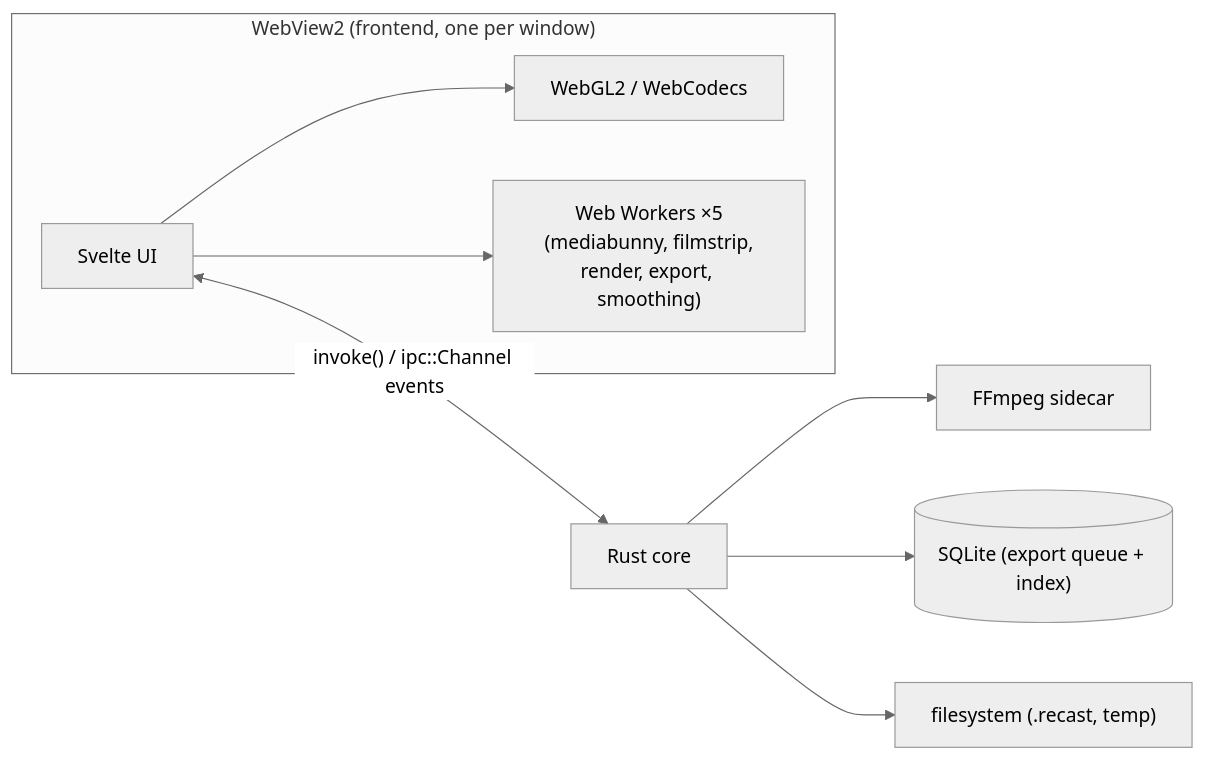
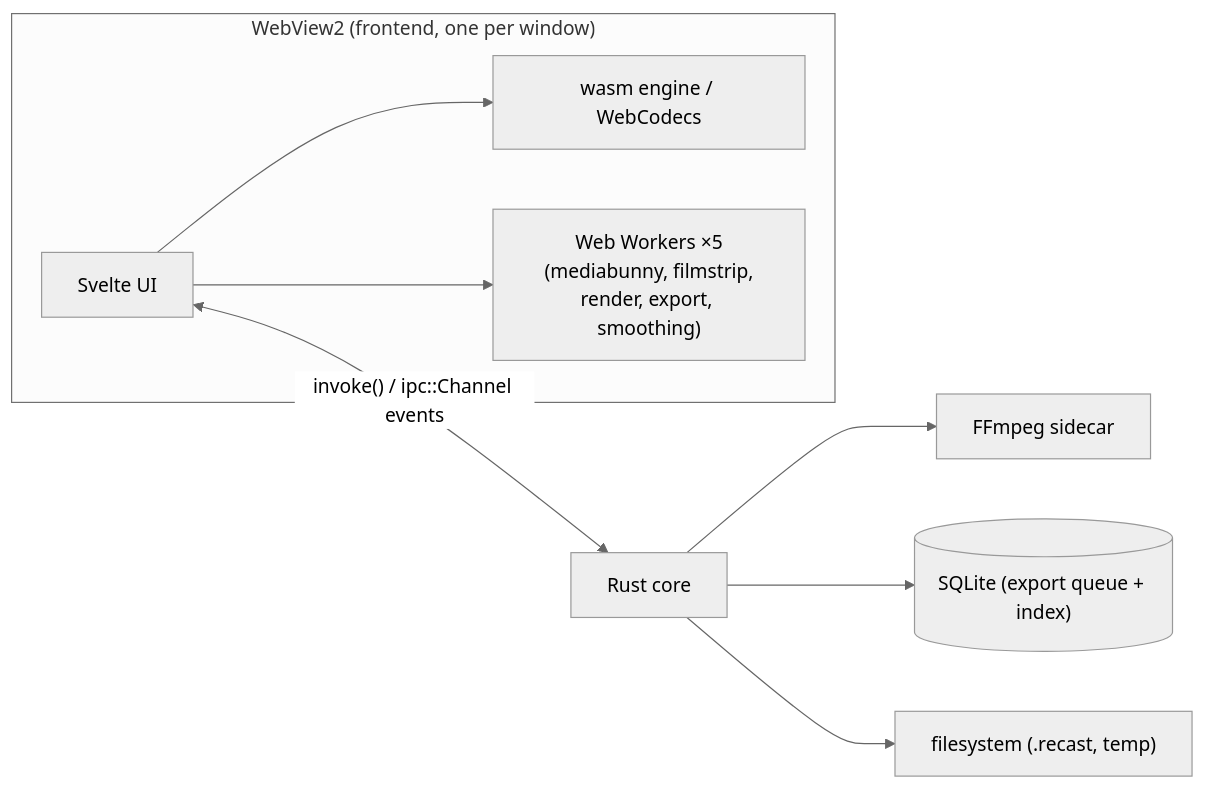
Before and after one commit to kanakkholwal/recast: the second of 2 diagrams in apps/web/content/architecture/system-overview.md, drawn with Mermaid (neutral theme). The commit also changed other lines of this file and 16 other files, not shown here.

````diff
--- a/apps/web/content/architecture/system-overview.md
+++ b/apps/web/content/architecture/system-overview.md
@@ -50,14 +50,14 @@
 ```mermaid
 flowchart LR
     subgraph WV["WebView2 (frontend, one per window)"]
         svelte["Svelte UI"]
-        gl["WebGL2 / WebCodecs"]
+        gl["wasm engine / WebCodecs"]
         wk["Web Workers ×5<br/>(mediabunny, filmstrip,<br/>render, export, smoothing)"]
         svelte --> gl
         svelte --> wk
     end
     svelte <-->|"invoke() / ipc::Channel events"| core["Rust core"]
     core --> ff["FFmpeg sidecar"]
     core --> sqlite[("SQLite (export queue + index)")]
     core --> fs["filesystem (.recast, temp)"]
 ```
````
